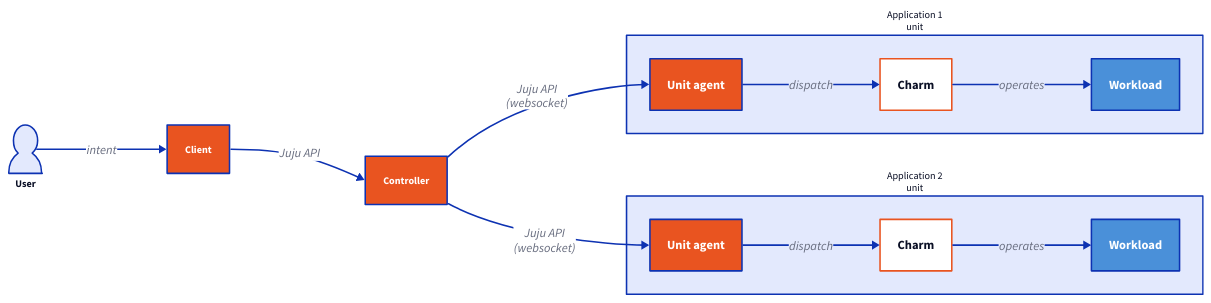
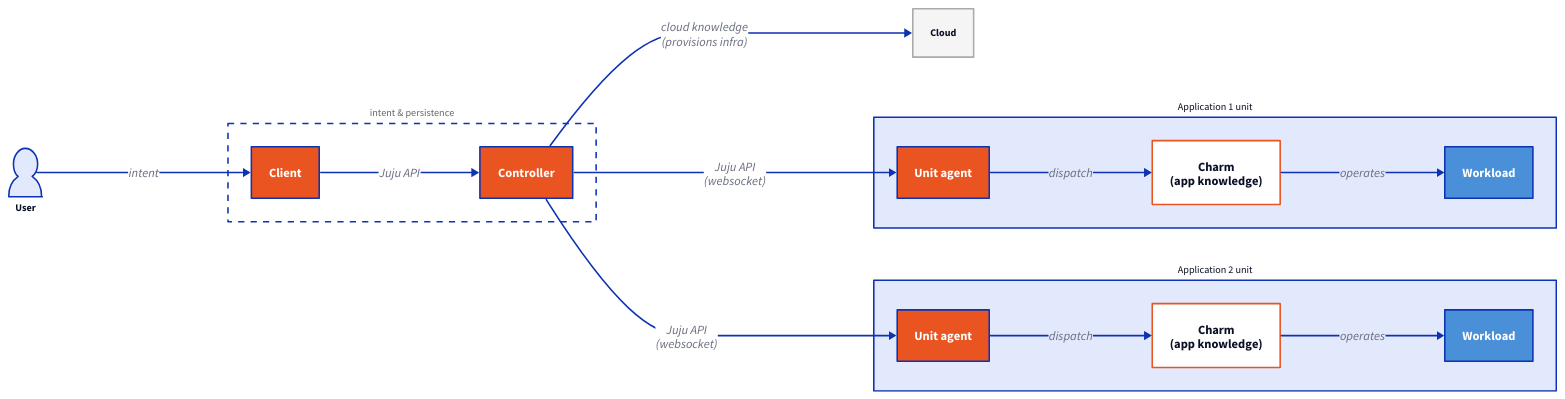
The first of 10 diagrams in docs/explanation/architecture.md (juju/juju), drawn with D2 before and after one commit. The commit also changed other lines of this file, not shown here.

Commit message:
docs(architecture): move topology diagram to Insight section with cloud and separation annotations
- Move diagram from Mechanism/Topology to Insight where it illustrates
  the two separations described in the prose
- Add Cloud node with 'cloud knowledge (provisions infra)' edge from
  Controller, showing the cloud/application separation
- Group Client+Controller in a dashed 'intent & persistence' container
  showing the intent/execution separation
- Label Charm as 'Charm (app knowledge)' to complete the picture
- Caption explains both separations explicitly
- Topology section simplified to prose + ibnote; no diagram

````diff
--- a/docs/explanation/architecture.md
+++ b/docs/explanation/architecture.md
@@ -64,57 +54,67 @@
 ```{d2}
-:alt: User sends intent to Client. Client calls Juju API on Controller. Controller drives Application 1 unit and Application 2 unit via Juju API websocket. Inside each unit: Unit agent dispatches Charm; Charm operates Workload.
+:alt: User sends intent to Client. Client calls Juju API on Controller. Controller provisions infrastructure from Cloud (cloud knowledge). Controller drives Application 1 unit and Application 2 unit via Juju API websocket (execution). Inside each unit: Unit agent dispatches Charm (app knowledge); Charm operates Workload.
 direction: right
 *.style.font-size: 13
 
 user.shape: person
 user.label: "User"
 
-client: "Client" {
-  style.fill: "#E95420"
-  style.font-color: white
+intent_side: "intent & persistence" {
+  style.stroke-dash: 4
+  style.font-color: "#666"
+  style.fill: transparent
+  client: "Client" {
+    style.fill: "#E95420"
+    style.font-color: white
+  }
+  controller: "Controller" {
+    style.fill: "#E95420"
+    style.font-color: white
+  }
+  client -> controller: "Juju API"
 }
 
-controller: "Controller" {
-  style.fill: "#E95420"
-  style.font-color: white
+cloud: "Cloud" {
+  style.fill: "#F5F5F5"
+  style.stroke: "#AAA"
 }
 
-app1: "Application 1\nunit" {
+app1: "Application 1 unit" {
   unit_agent: "Unit agent" {
     style.fill: "#E95420"
     style.font-color: white
   }
-  charm: "Charm" {
+  charm: "Charm\n(app knowledge)" {
     style.fill: white
     style.stroke: "#E95420"
   }
   workload: "Workload" {
     style.fill: "#4A90D9"
     style.font-color: white
   }
   unit_agent -> charm: "dispatch"
   charm -> workload: "operates"
 }
 
-app2: "Application 2\nunit" {
+app2: "Application 2 unit" {
   unit_agent: "Unit agent" {
     style.fill: "#E95420"
     style.font-color: white
   }
-  charm: "Charm" {
+  charm: "Charm\n(app knowledge)" {
     style.fill: white
     style.stroke: "#E95420"
   }
   workload: "Workload" {
     style.fill: "#4A90D9"
     style.font-color: white
   }
   unit_agent -> charm: "dispatch"
   charm -> workload: "operates"
 }
 
-user -> client: "intent"
-client -> controller: "Juju API"
-controller -> app1.unit_agent: "Juju API\n(websocket)"
-controller -> app2.unit_agent: "Juju API\n(websocket)"
+user -> intent_side.client: "intent"
+intent_side.controller -> cloud: "cloud knowledge\n(provisions infra)"
+intent_side.controller -> app1.unit_agent: "Juju API\n(websocket)"
+intent_side.controller -> app2.unit_agent: "Juju API\n(websocket)"
 ```
````
